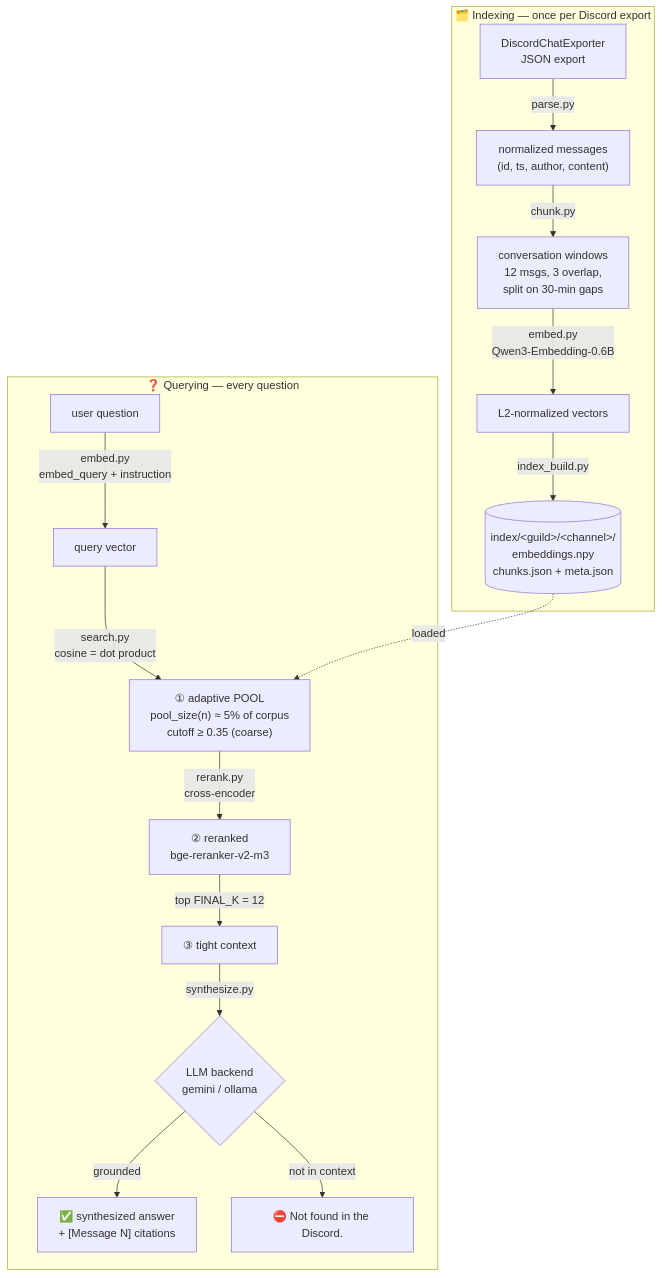
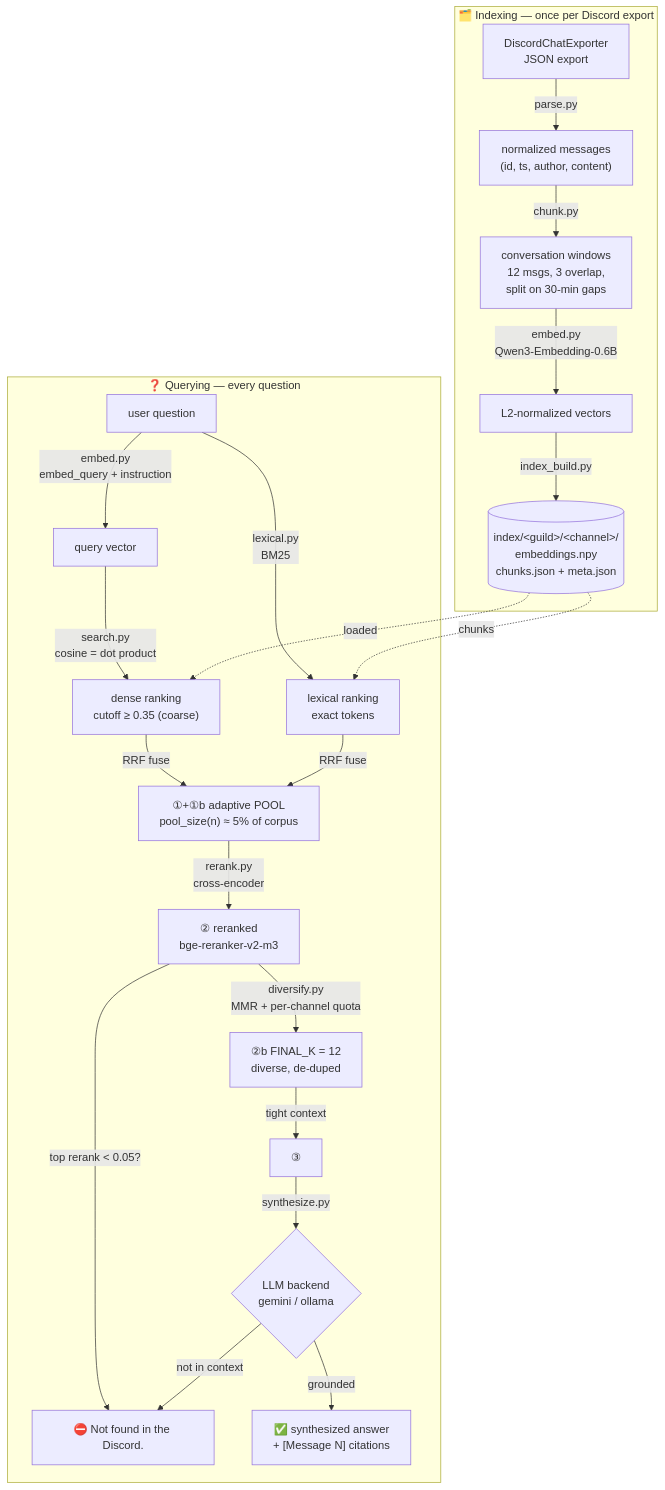
One commit to mattr13000/discord-answerer changed the first of 4 diagrams in ARCHITECTURE.md. Above: the diagram before and after it, drawn with Mermaid. The commit also changed other lines of this file and 20 other files, not shown here.

````diff
--- a/ARCHITECTURE.md
+++ b/ARCHITECTURE.md
@@ -19,20 +19,26 @@
 ```mermaid
 flowchart TD
     subgraph INGEST["🗂️ Indexing — once per Discord export"]
         A["DiscordChatExporter<br/>JSON export"] -->|parse.py| B["normalized messages<br/>(id, ts, author, content)"]
         B -->|chunk.py| C["conversation windows<br/>12 msgs, 3 overlap,<br/>split on 30-min gaps"]
         C -->|embed.py<br/>Qwen3-Embedding-0.6B| D["L2-normalized vectors"]
         D -->|index_build.py| E[("index/&lt;guild&gt;/&lt;channel&gt;/<br/>embeddings.npy<br/>chunks.json + meta.json")]
     end
 
     subgraph QUERY["❓ Querying — every question"]
         Q["user question"] -->|embed.py<br/>embed_query + instruction| QV["query vector"]
-        QV -->|search.py<br/>cosine = dot product| POOL["① adaptive POOL<br/>pool_size(n) ≈ 5% of corpus<br/>cutoff ≥ 0.35 (coarse)"]
-        E -.loaded.-> POOL
+        QV -->|search.py<br/>cosine = dot product| DENSE["dense ranking<br/>cutoff ≥ 0.35 (coarse)"]
+        Q -->|lexical.py<br/>BM25| LEX["lexical ranking<br/>exact tokens"]
+        DENSE -->|RRF fuse| POOL["①+①b adaptive POOL<br/>pool_size(n) ≈ 5% of corpus"]
+        LEX -->|RRF fuse| POOL
+        E -.loaded.-> DENSE
+        E -.chunks.-> LEX
         POOL -->|rerank.py<br/>cross-encoder| RR["② reranked<br/>bge-reranker-v2-m3"]
-        RR -->|top FINAL_K = 12| SYN["③ tight context"]
+        RR -->|"top rerank < 0.05?"| NF
+        RR -->|diversify.py<br/>MMR + per-channel quota| DIV["②b FINAL_K = 12<br/>diverse, de-duped"]
+        DIV -->|tight context| SYN["③"]
         SYN -->|synthesize.py| LLM{"LLM backend<br/>gemini / ollama"}
         LLM -->|grounded| ANS["✅ synthesized answer<br/>+ [Message N] citations"]
         LLM -->|not in context| NF["⛔ Not found in the Discord."]
     end
 ```
````
